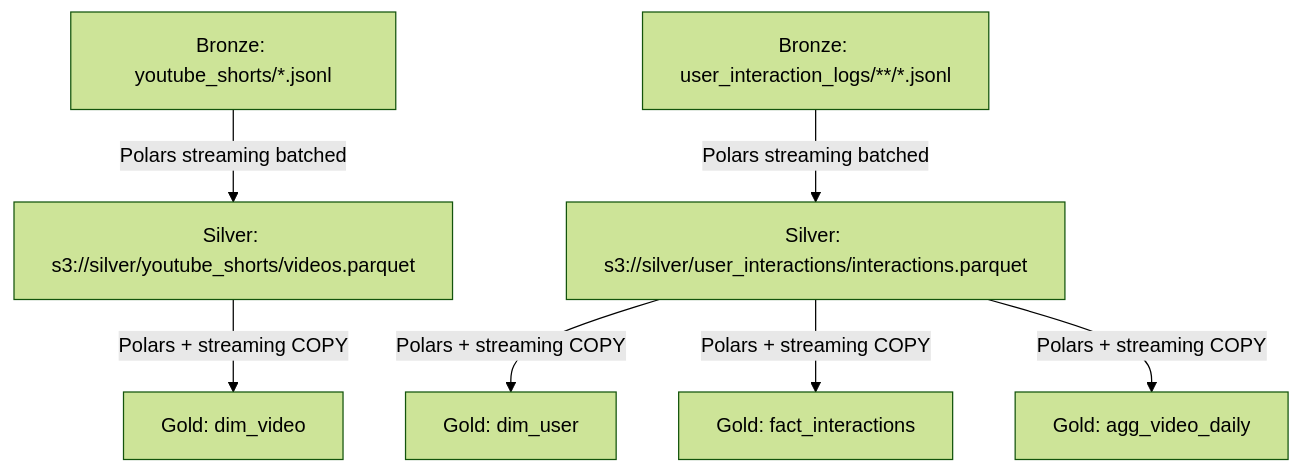
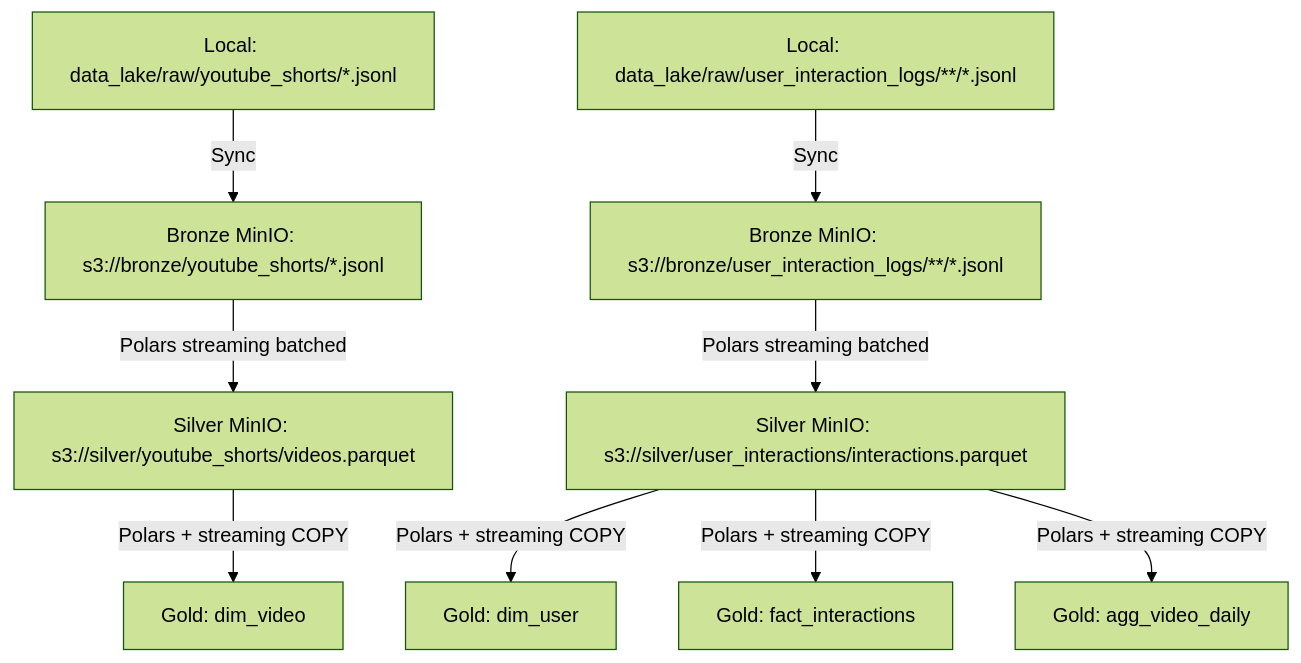
One commit to nguyenhuuhieu74/DataMining-Practice changed the second of 2 diagrams in workflow.md. Above: the diagram before and after it, drawn with Mermaid (forest theme). The commit also changed other lines of this file, not shown here.

Commit message:
docs: update workflow.md to include MinIO Bronze layer

````diff
--- a/workflow.md
+++ b/workflow.md
@@ -419,9 +419,11 @@
 ```mermaid
 flowchart TD
-    B1[Bronze: youtube_shorts/*.jsonl] -->|Polars streaming batched| S1[Silver: s3://silver/youtube_shorts/videos.parquet]
-    B2[Bronze: user_interaction_logs/**/*.jsonl] -->|Polars streaming batched| S2[Silver: s3://silver/user_interactions/interactions.parquet]
+    L1[Local: data_lake/raw/youtube_shorts/*.jsonl] -->|Sync| B1[Bronze MinIO: s3://bronze/youtube_shorts/*.jsonl]
+    L2[Local: data_lake/raw/user_interaction_logs/**/*.jsonl] -->|Sync| B2[Bronze MinIO: s3://bronze/user_interaction_logs/**/*.jsonl]
+    B1 -->|Polars streaming batched| S1[Silver MinIO: s3://silver/youtube_shorts/videos.parquet]
+    B2 -->|Polars streaming batched| S2[Silver MinIO: s3://silver/user_interactions/interactions.parquet]
     S1 -->|Polars + streaming COPY| G1[Gold: dim_video]
     S2 -->|Polars + streaming COPY| G2[Gold: dim_user]
     S2 -->|Polars + streaming COPY| G3[Gold: fact_interactions]
     S2 -->|Polars + streaming COPY| G4[Gold: agg_video_daily]
 ```
````
